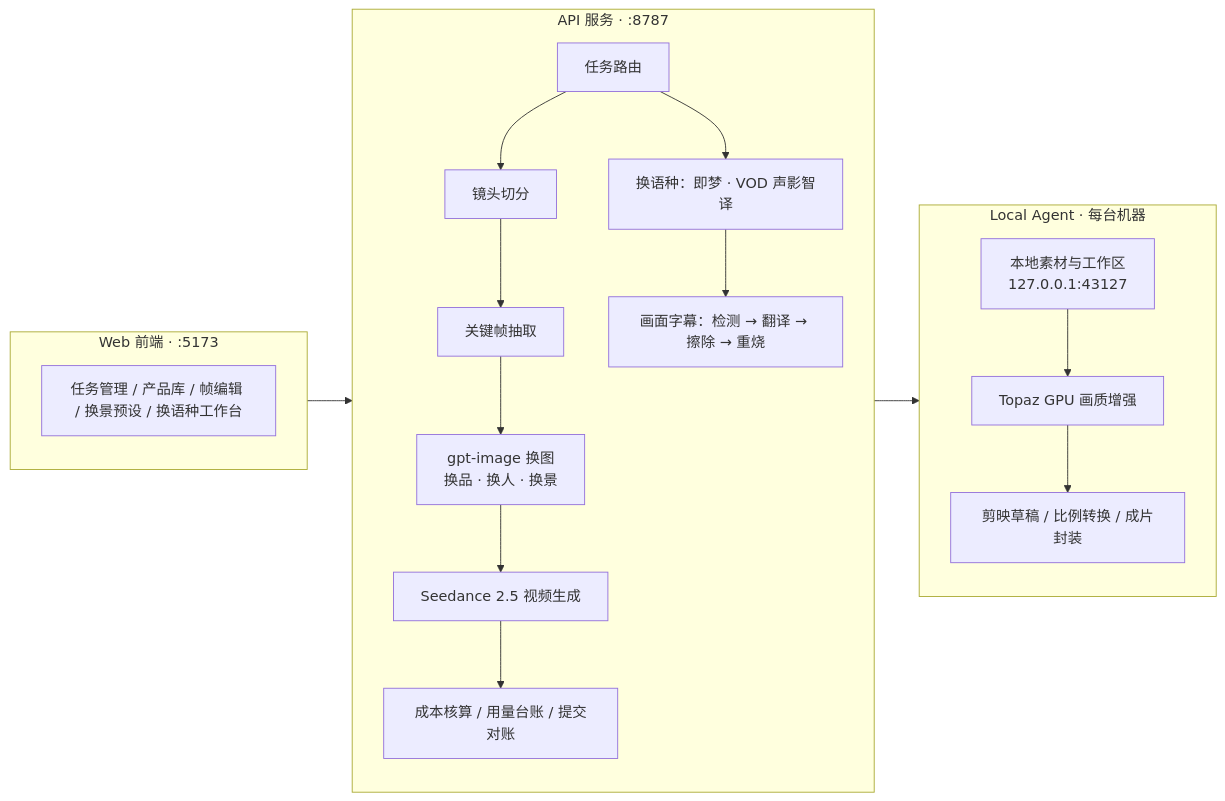
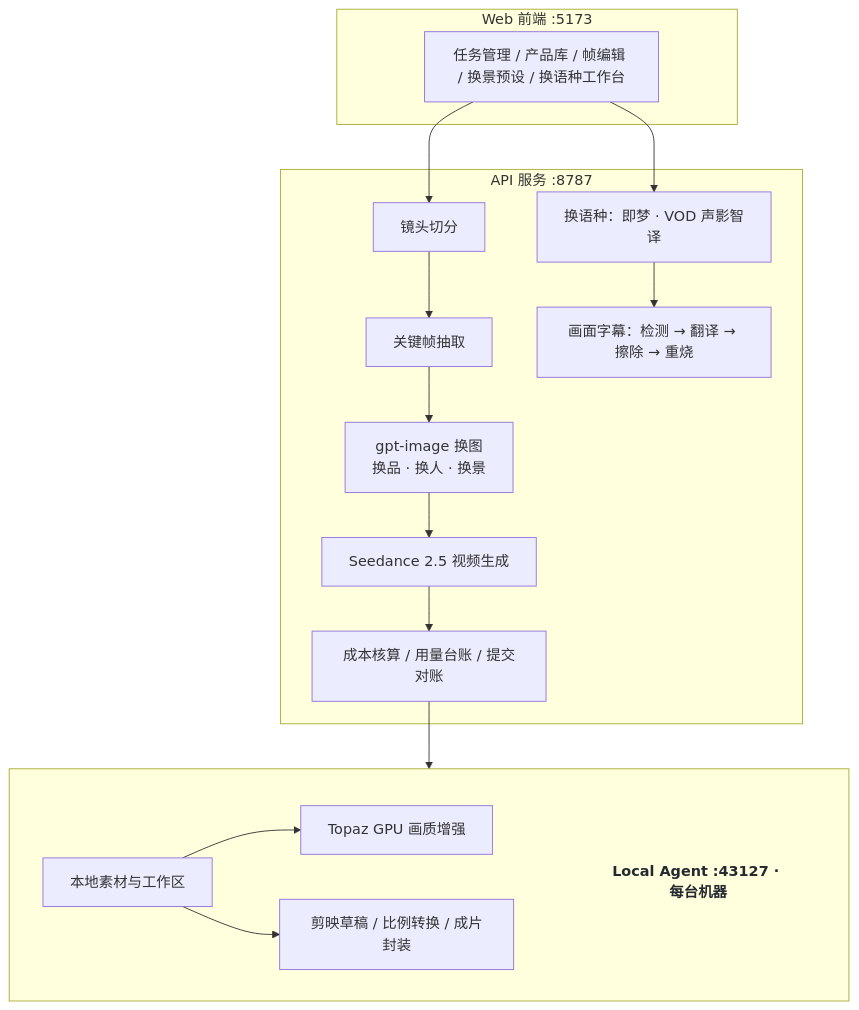
One commit to happymonkeyz666-oss/ALTERION-showcase changed the diagram in README.md. Above: the diagram before and after it, drawn with Mermaid.

Commit message:
docs: refine local agent topology

````diff
--- a/README.md
+++ b/README.md
@@ -146,29 +146,30 @@
 ```mermaid
-flowchart LR
-    subgraph Web["Web 前端 · :5173"]
-        direction TB
-        A["任务管理 / 产品库 / 帧编辑 / 换景预设 / 换语种工作台"]
+graph TB
+    subgraph Web["Web 前端 :5173"]
+        A[任务管理 / 产品库 / 帧编辑 / 换景预设 / 换语种工作台]
     end
 
-    subgraph API["API 服务 · :8787"]
-        direction TB
-        R["任务路由"]
-        R --> B["镜头切分"]
-        B --> C["关键帧抽取"]
-        C --> D["gpt-image 换图<br/>换品 · 换人 · 换景"]
-        D --> E["Seedance 2.5 视频生成"]
-        E --> G["成本核算 / 用量台账 / 提交对账"]
-        R --> L["换语种：即梦 · VOD 声影智译"]
-        L --> S["画面字幕：检测 → 翻译 → 擦除 → 重烧"]
+    subgraph API["API 服务 :8787"]
+        B[镜头切分] --> C[关键帧抽取]
+        C --> D[gpt-image 换图<br/>换品 · 换人 · 换景]
+        D --> E[Seedance 2.5 视频生成]
+        E --> G[成本核算 / 用量台账 / 提交对账]
+        L[换语种：即梦 · VOD 声影智译] --> S[画面字幕：检测 → 翻译 → 擦除 → 重烧]
     end
 
-    subgraph Agent["Local Agent · 每台机器"]
-        direction TB
-        H["本地素材与工作区<br/>127.0.0.1:43127"]
-        H --> I["Topaz GPU 画质增强"]
-        I --> J["剪映草稿 / 比例转换 / 成片封装"]
+    subgraph Agent[" "]
+        direction LR
+        H[本地素材与工作区]
+        H --> I[Topaz GPU 画质增强]
+        H --> J[剪映草稿 / 比例转换 / 成片封装]
+        T["Local Agent :43127 · 每台机器"]:::agentLabel
+        I ~~~ T
+        J ~~~ T
     end
 
-    Web --> API
-    API --> Agent
+    classDef agentLabel fill:transparent,stroke:transparent,color:#24292f,font-weight:bold
+
+    A --> B
+    A --> L
+    G --> Agent
 ```
````
